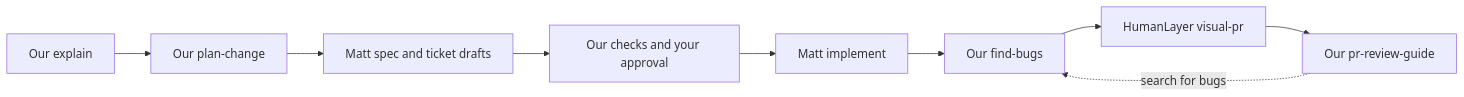
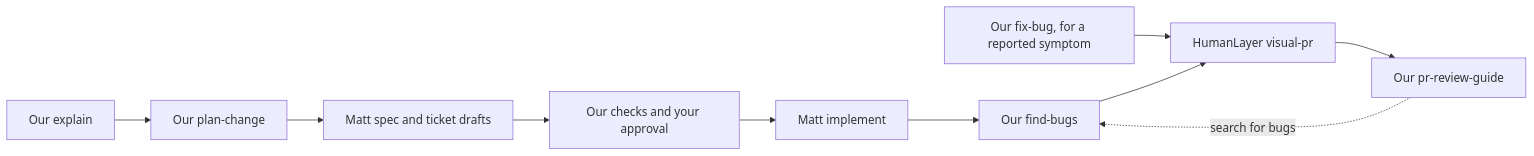
Before and after one commit to aantoniadis/skills: the diagram in docs/workflow.md, drawn with Mermaid. The commit also changed other lines of this file and 19 other files, not shown here.

````diff
--- a/docs/workflow.md
+++ b/docs/workflow.md
@@ -202,11 +217,12 @@
 ```mermaid
 flowchart LR
     U[Our explain] --> N[Our plan-change]
     N --> D[Matt spec and ticket drafts]
     D --> C[Our checks and your approval]
     C --> I[Matt implement]
     I --> F[Our find-bugs]
+    B[Our fix-bug, for a reported symptom] --> P
     F --> P[HumanLayer visual-pr]
     P --> R[Our pr-review-guide]
     R -. search for bugs .-> F
 ```
````
